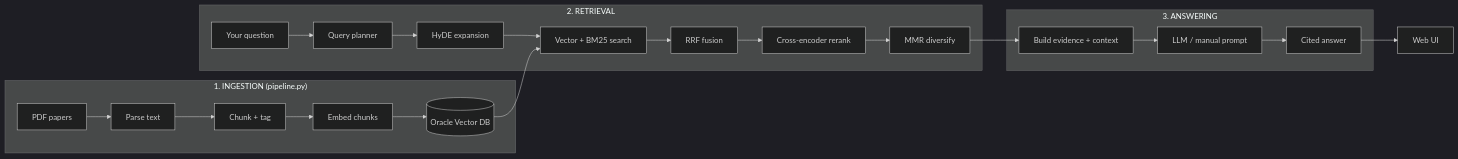
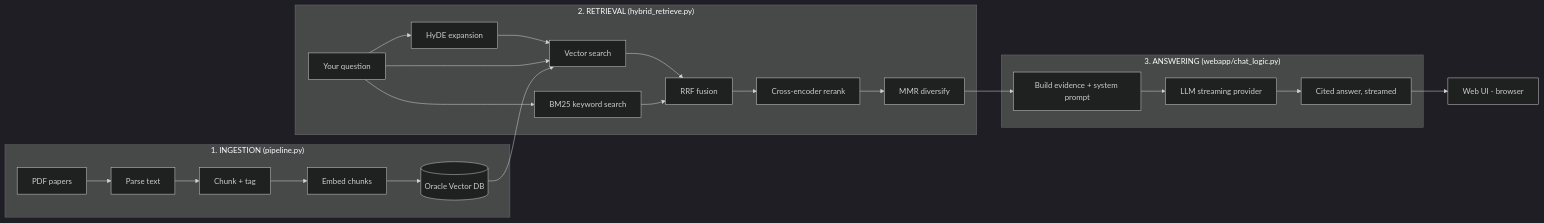
The first of 5 diagrams in docs/PIPELINE.md (anistondeveloperteam-ANT/Audio-research-assistant), drawn with Mermaid (dark theme) before and after one commit. The commit also changed other lines of this file and 20 other files, not shown here.

````diff
--- a/docs/PIPELINE.md
+++ b/docs/PIPELINE.md
@@ -32,27 +29,29 @@
 ```mermaid
 flowchart LR
     subgraph A[" 1. INGESTION  (pipeline.py) "]
         PDF[PDF papers] --> PARSE[Parse text]
         PARSE --> CHUNK[Chunk + tag]
         CHUNK --> EMBED[Embed chunks]
         EMBED --> VEC[(Oracle Vector DB)]
     end
 
-    subgraph B[" 2. RETRIEVAL "]
-        Q[Your question] --> PLAN[Query planner]
-        PLAN --> HYDE[HyDE expansion]
-        HYDE --> SEARCH[Vector + BM25 search]
+    subgraph B[" 2. RETRIEVAL  (hybrid_retrieve.py) "]
+        Q[Your question] --> HYDE[HyDE expansion]
+        Q --> BM[BM25 keyword search]
+        HYDE --> SEARCH[Vector search]
+        Q --> SEARCH
         VEC --> SEARCH
         SEARCH --> FUSE[RRF fusion]
+        BM --> FUSE
         FUSE --> RERANK[Cross-encoder rerank]
         RERANK --> MMR[MMR diversify]
     end
 
-    subgraph C[" 3. ANSWERING "]
-        MMR --> EVID[Build evidence + context]
-        EVID --> LLM[LLM / manual prompt]
-        LLM --> ANS[Cited answer]
+    subgraph C[" 3. ANSWERING  (webapp/chat_logic.py) "]
+        MMR --> CTX[Build evidence + system prompt]
+        CTX --> LLM[LLM streaming provider]
+        LLM --> ANS[Cited answer, streamed]
     end
 
-    ANS --> UI[Web UI]
+    ANS --> UI[Web UI - browser]
 ```
````
